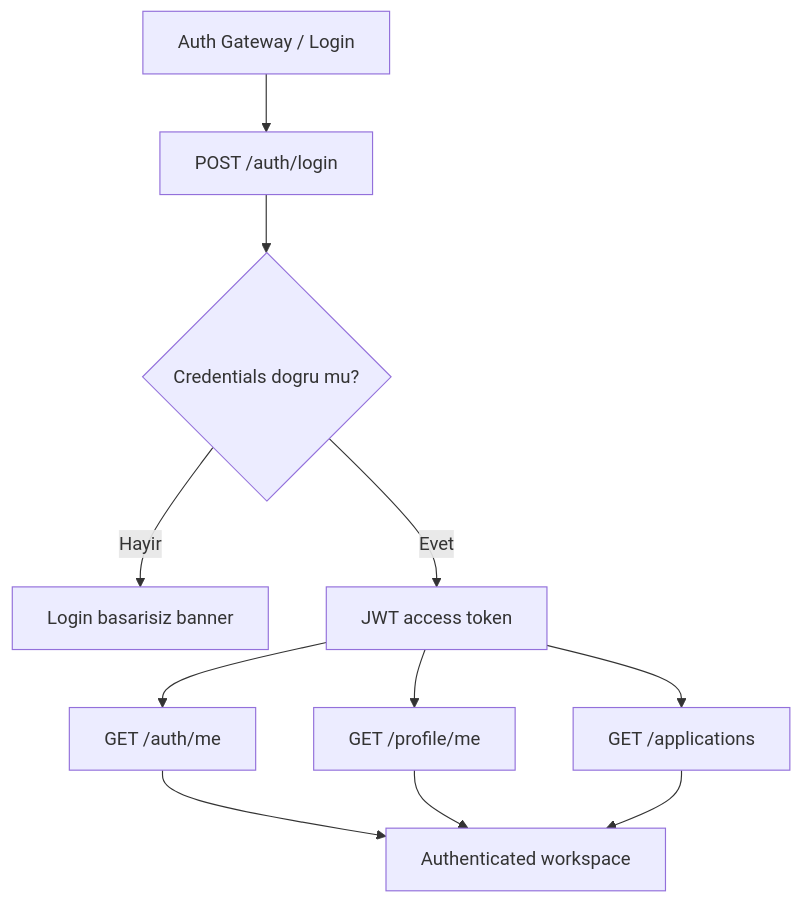
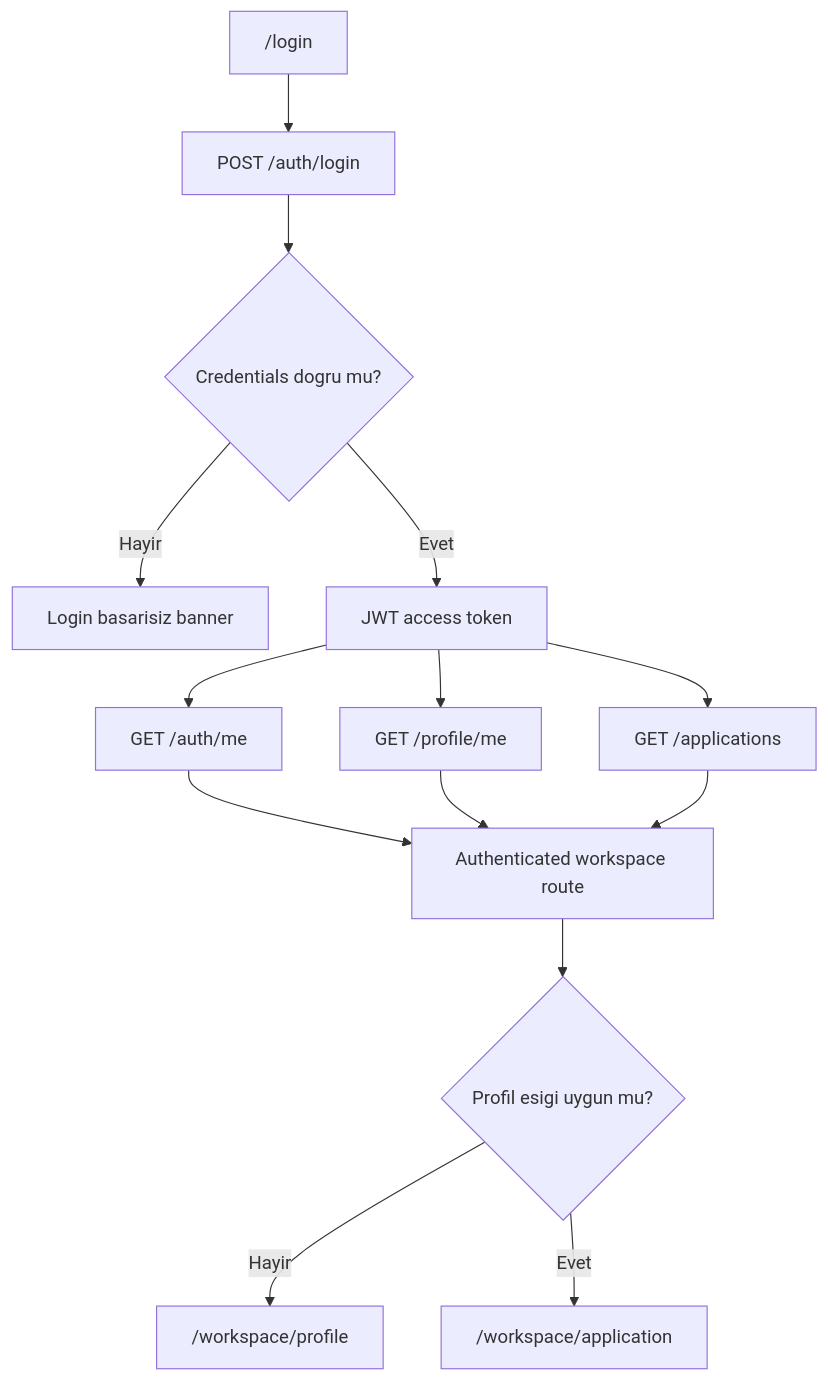
The second of 7 diagrams in project_docs/workflows.md (ilkerunsal/etik-kurul-platform), drawn with Mermaid before and after one commit. The commit also changed other lines of this file and 4 other files, not shown here.

````diff
--- a/project_docs/workflows.md
+++ b/project_docs/workflows.md
@@ -48,13 +48,16 @@
 ```mermaid
 flowchart TD
-    A["Auth Gateway / Login"] --> B["POST /auth/login"]
+    A["/login"] --> B["POST /auth/login"]
     B --> C{"Credentials dogru mu?"}
     C -->|Hayir| D["Login basarisiz banner"]
     C -->|Evet| E["JWT access token"]
     E --> F["GET /auth/me"]
     E --> G["GET /profile/me"]
     E --> H["GET /applications"]
-    F --> I["Authenticated workspace"]
+    F --> I["Authenticated workspace route"]
     G --> I
     H --> I
+    I --> J{Profil esigi uygun mu?}
+    J -->|Hayir| K["/workspace/profile"]
+    J -->|Evet| L["/workspace/application"]
 ```
````
